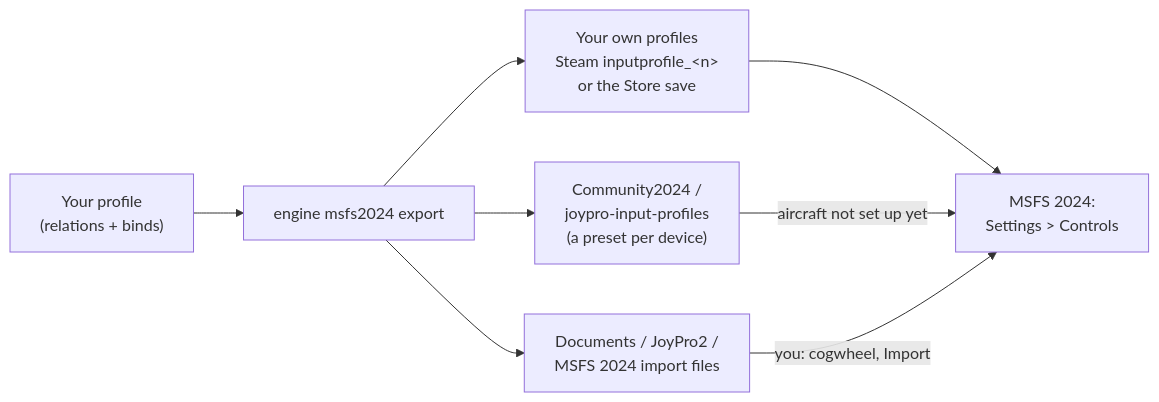
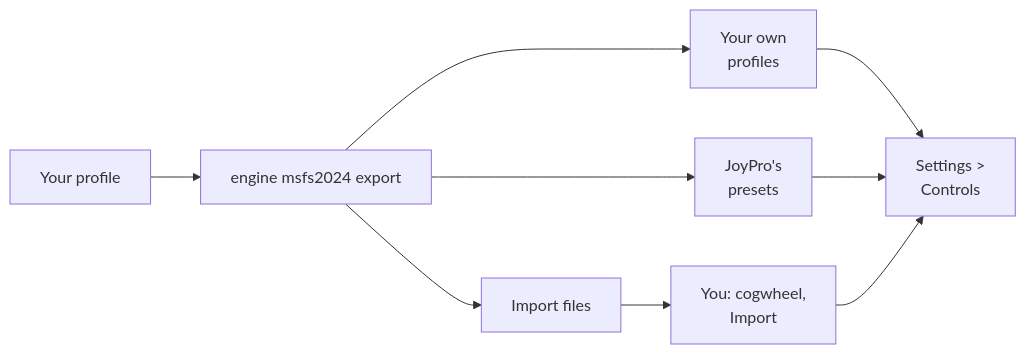
One commit to Holdi601/JoystickProfiler2 changed the diagram in website/content/games/msfs2024.md. Above: the diagram before and after it, drawn with Mermaid. The commit also changed other lines of this file and 718 other files, not shown here.

Commit message:
JoyPro2 2.7.0

````diff
--- a/website/content/games/msfs2024.md
+++ b/website/content/games/msfs2024.md
@@ -21,10 +197,12 @@
 ```mermaid
+%% caption: Your own profiles (Steam inputprofile_n or the Store save) are written directly. JoyPro's presets (Community2024 / joypro-input-profiles, a preset per device) serve aircraft the sim has not set up yet. Import files (Documents / JoyPro2) you load in the sim yourself.
 flowchart LR
-  P["Your profile<br/>(relations + binds)"] --> E["engine msfs2024 export"]
-  E --> U["Your own profiles<br/>Steam inputprofile_&lt;n&gt;<br/>or the Store save"]
-  E --> K["Community2024 /<br/>joypro-input-profiles<br/>(a preset per device)"]
-  E --> F["Documents / JoyPro2 /<br/>MSFS 2024 import files"]
-  U --> S["MSFS 2024:<br/>Settings > Controls"]
-  K -->|"aircraft not set up yet"| S
-  F -->|"you: cogwheel, Import"| S
+  P["Your profile"] --> E["engine msfs2024 export"]
+  E --> U["Your own<br/>profiles"]
+  E --> K["JoyPro's<br/>presets"]
+  E --> F["Import files"]
+  F --> I["You: cogwheel,<br/>Import"]
+  U --> S["Settings ><br/>Controls"]
+  K --> S
+  I --> S
 ```
````
